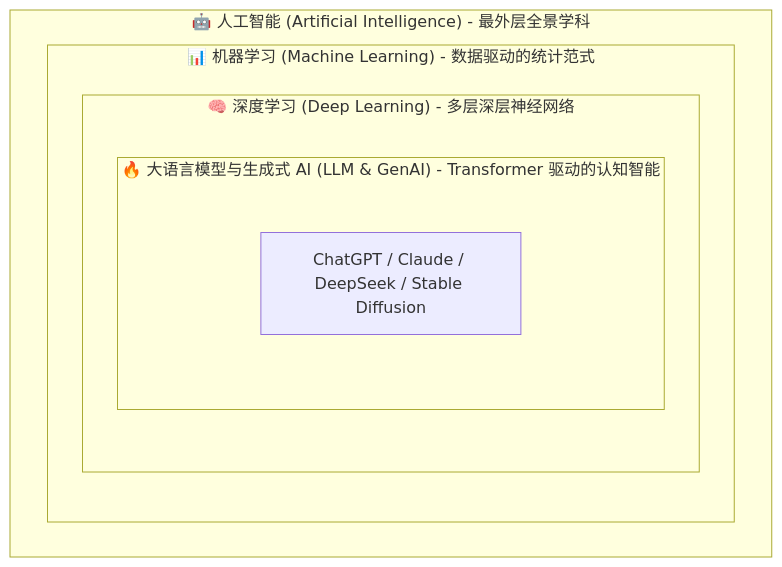
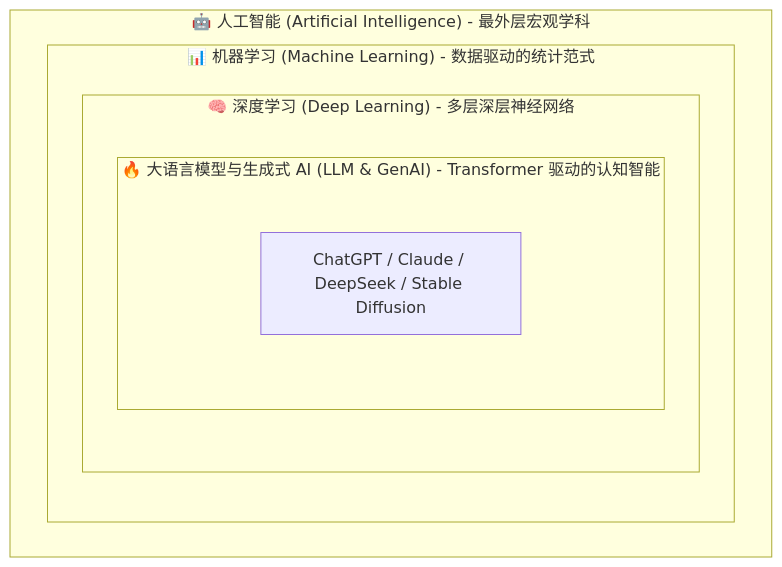
Before and after one commit to inkstar/inkstar.github.io: the fifth of 6 diagrams in blog/ai-fundamentals-guide.md, drawn with Mermaid. The commit also changed other lines of this file and 14 other files, not shown here.

````diff
--- a/blog/ai-fundamentals-guide.md
+++ b/blog/ai-fundamentals-guide.md
@@ -127,12 +127,12 @@
 ```mermaid
 flowchart TD
-    subgraph AI["🤖 人工智能 (Artificial Intelligence) - 最外层全景学科"]
+    subgraph AI["🤖 人工智能 (Artificial Intelligence) - 最外层宏观学科"]
         subgraph ML["📊 机器学习 (Machine Learning) - 数据驱动的统计范式"]
             subgraph DL["🧠 深度学习 (Deep Learning) - 多层深层神经网络"]
                 subgraph LLM["🔥 大语言模型与生成式 AI (LLM & GenAI) - Transformer 驱动的认知智能"]
                     Core["ChatGPT / Claude / DeepSeek / Stable Diffusion"]
                 end
             end
         end
     end
 ```
````
